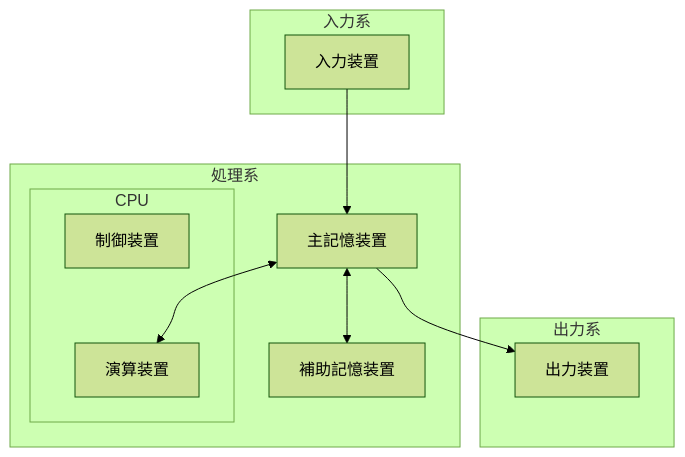
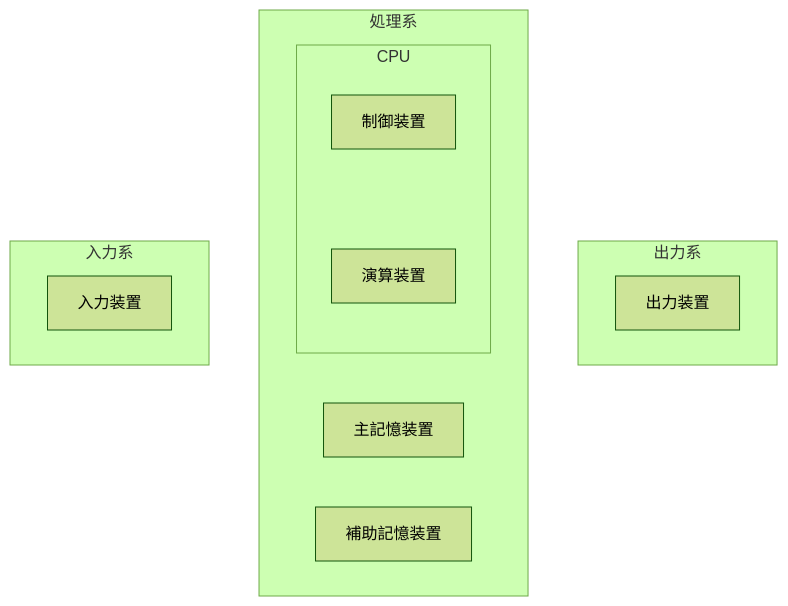
The diagram in concepts/computer_architecture.md (Bassiy/share_knowledge), drawn with Mermaid (forest theme) before and after one commit.

Commit message:
sync: update from info repo

````diff
--- a/concepts/computer_architecture.md
+++ b/concepts/computer_architecture.md
@@ -10,25 +10,21 @@
 ```mermaid
 flowchart TB
     subgraph 出力系
         OUT[出力装置]
     end
 
     subgraph 処理系
         subgraph CPU
             ALU[演算装置]
             CTL[制御装置]
             CTL ~~~ ALU
         end
         MEM[主記憶装置]
         AUX[補助記憶装置]
     end
 
     subgraph 入力系
         IN[入力装置]
     end
 
-    IN --> MEM
-    MEM <--> ALU
-    MEM --> OUT
-    MEM <--> AUX
 ```
````
